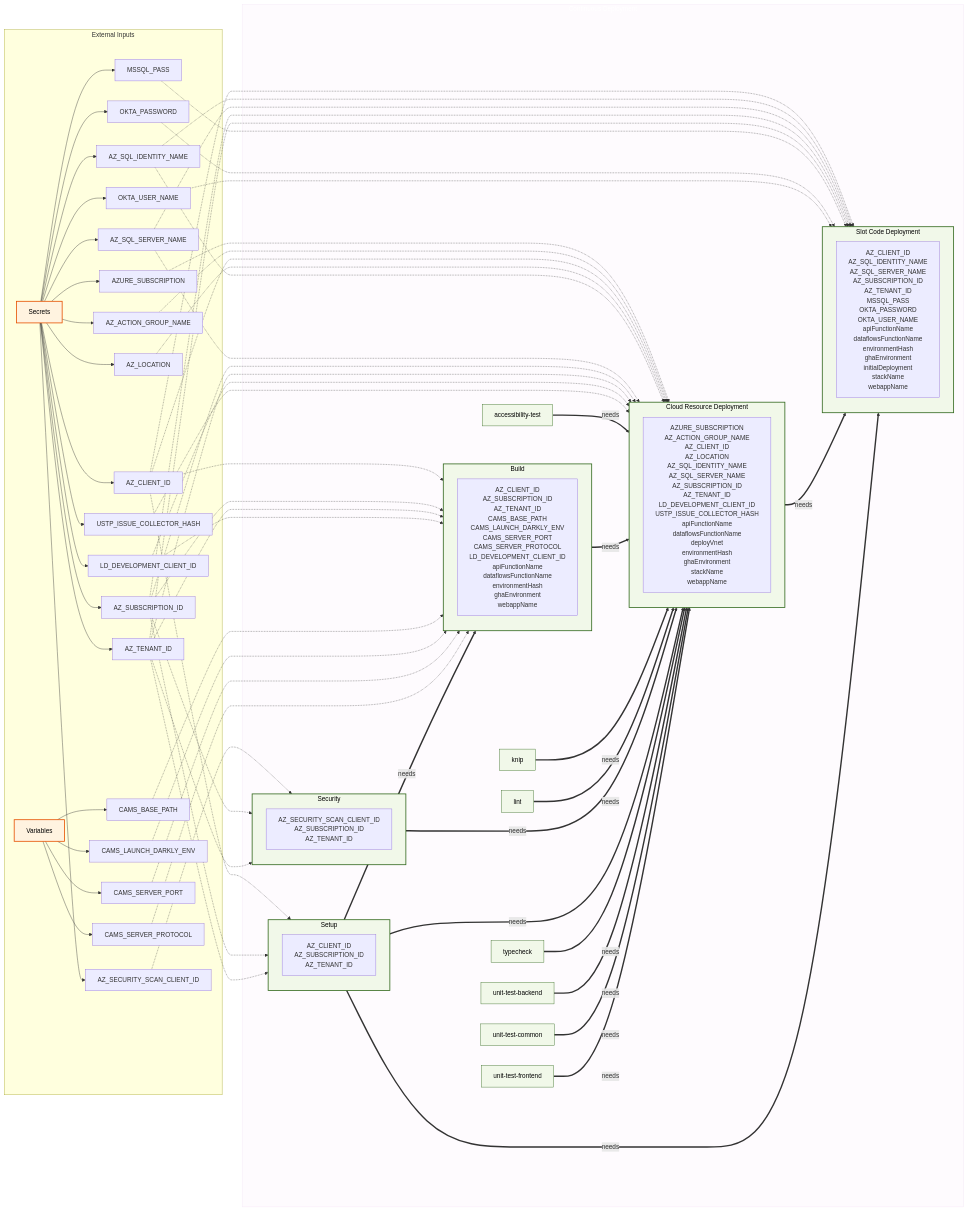
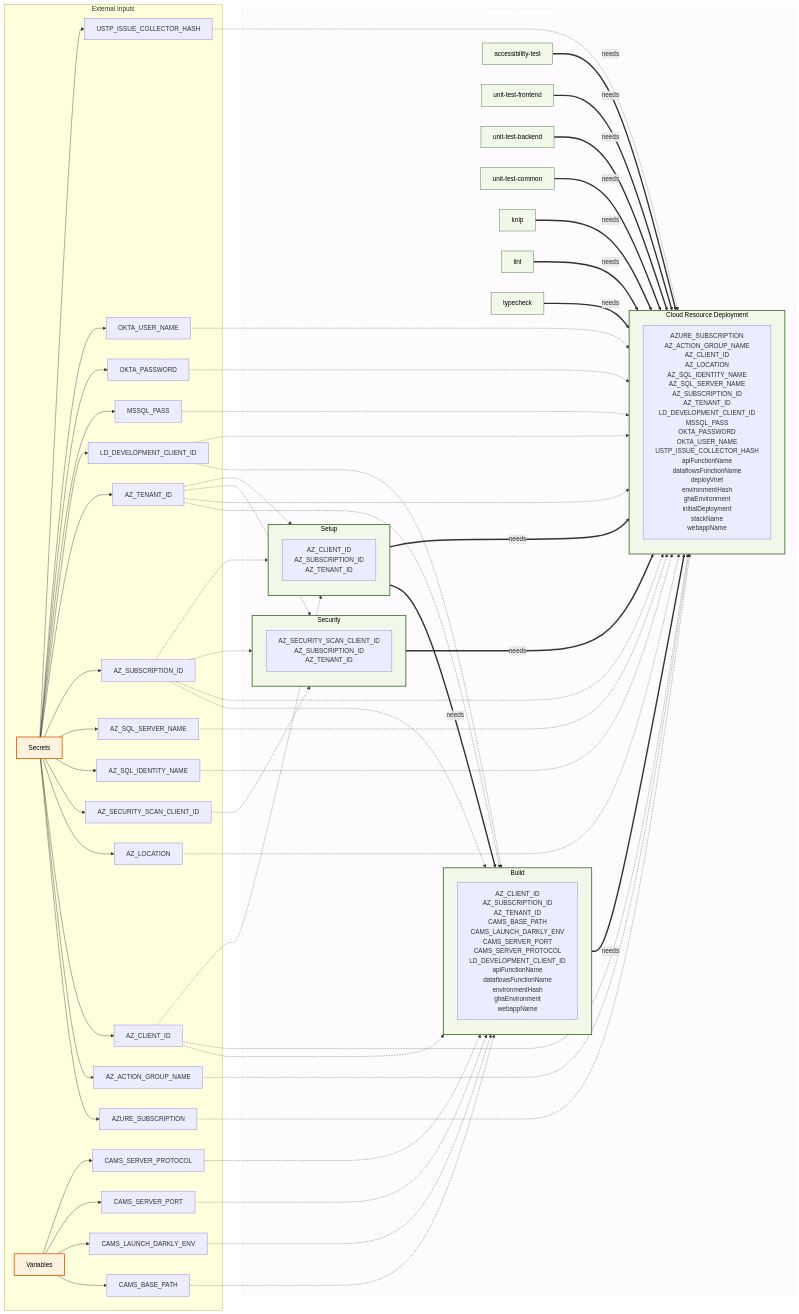
One commit to US-Trustee-Program/Bankruptcy-Oversight-Support-Systems changed the eighth of 25 diagrams in docs/operations/workflow-diagram.md. Above: the diagram before and after it, drawn with Mermaid. The commit also changed other lines of this file and 3 other files, not shown here.

First line of the commit message:
Nest deploy-code-slot to close concurrency gap

```diff
--- a/docs/operations/workflow-diagram.md
+++ b/docs/operations/workflow-diagram.md
@@ -370,10 +370,7 @@
             build_vars["AZ_CLIENT_ID<br/>AZ_SUBSCRIPTION_ID<br/>AZ_TENANT_ID<br/>CAMS_BASE_PATH<br/>CAMS_LAUNCH_DARKLY_ENV<br/>CAMS_SERVER_PORT<br/>CAMS_SERVER_PROTOCOL<br/>LD_DEVELOPMENT_CLIENT_ID<br/>apiFunctionName<br/>dataflowsFunctionName<br/>environmentHash<br/>ghaEnvironment<br/>webappName"]
         end
         subgraph deploy_subgraph["Cloud Resource Deployment"]
-            deploy_vars["AZURE_SUBSCRIPTION<br/>AZ_ACTION_GROUP_NAME<br/>AZ_CLIENT_ID<br/>AZ_LOCATION<br/>AZ_SQL_IDENTITY_NAME<br/>AZ_SQL_SERVER_NAME<br/>AZ_SUBSCRIPTION_ID<br/>AZ_TENANT_ID<br/>LD_DEVELOPMENT_CLIENT_ID<br/>USTP_ISSUE_COLLECTOR_HASH<br/>apiFunctionName<br/>dataflowsFunctionName<br/>deployVnet<br/>environmentHash<br/>ghaEnvironment<br/>stackName<br/>webappName"]
-        end
-        subgraph deploy_code_slot_subgraph["Slot Code Deployment"]
-            deploy_code_slot_vars["AZ_CLIENT_ID<br/>AZ_SQL_IDENTITY_NAME<br/>AZ_SQL_SERVER_NAME<br/>AZ_SUBSCRIPTION_ID<br/>AZ_TENANT_ID<br/>MSSQL_PASS<br/>OKTA_PASSWORD<br/>OKTA_USER_NAME<br/>apiFunctionName<br/>dataflowsFunctionName<br/>environmentHash<br/>ghaEnvironment<br/>initialDeployment<br/>stackName<br/>webappName"]
+            deploy_vars["AZURE_SUBSCRIPTION<br/>AZ_ACTION_GROUP_NAME<br/>AZ_CLIENT_ID<br/>AZ_LOCATION<br/>AZ_SQL_IDENTITY_NAME<br/>AZ_SQL_SERVER_NAME<br/>AZ_SUBSCRIPTION_ID<br/>AZ_TENANT_ID<br/>LD_DEVELOPMENT_CLIENT_ID<br/>MSSQL_PASS<br/>OKTA_PASSWORD<br/>OKTA_USER_NAME<br/>USTP_ISSUE_COLLECTOR_HASH<br/>apiFunctionName<br/>dataflowsFunctionName<br/>deployVnet<br/>environmentHash<br/>ghaEnvironment<br/>initialDeployment<br/>stackName<br/>webappName"]
         end
     end
 
@@ -398,30 +395,25 @@
     Secrets_AZURE_SUBSCRIPTION -.-> deploy_subgraph
     Secrets_AZ_ACTION_GROUP_NAME -.-> deploy_subgraph
     Secrets_AZ_CLIENT_ID -.-> build_subgraph
-    Secrets_AZ_CLIENT_ID -.-> deploy_code_slot_subgraph
     Secrets_AZ_CLIENT_ID -.-> deploy_subgraph
     Secrets_AZ_CLIENT_ID -.-> setup_subgraph
     Secrets_AZ_LOCATION -.-> deploy_subgraph
     Secrets_AZ_SECURITY_SCAN_CLIENT_ID -.-> security_scan_subgraph
-    Secrets_AZ_SQL_IDENTITY_NAME -.-> deploy_code_slot_subgraph
     Secrets_AZ_SQL_IDENTITY_NAME -.-> deploy_subgraph
-    Secrets_AZ_SQL_SERVER_NAME -.-> deploy_code_slot_subgraph
     Secrets_AZ_SQL_SERVER_NAME -.-> deploy_subgraph
     Secrets_AZ_SUBSCRIPTION_ID -.-> build_subgraph
-    Secrets_AZ_SUBSCRIPTION_ID -.-> deploy_code_slot_subgraph
     Secrets_AZ_SUBSCRIPTION_ID -.-> deploy_subgraph
     Secrets_AZ_SUBSCRIPTION_ID -.-> security_scan_subgraph
     Secrets_AZ_SUBSCRIPTION_ID -.-> setup_subgraph
     Secrets_AZ_TENANT_ID -.-> build_subgraph
-    Secrets_AZ_TENANT_ID -.-> deploy_code_slot_subgraph
     Secrets_AZ_TENANT_ID -.-> deploy_subgraph
     Secrets_AZ_TENANT_ID -.-> security_scan_subgraph
     Secrets_AZ_TENANT_ID -.-> setup_subgraph
     Secrets_LD_DEVELOPMENT_CLIENT_ID -.-> build_subgraph
     Secrets_LD_DEVELOPMENT_CLIENT_ID -.-> deploy_subgraph
-    Secrets_MSSQL_PASS -.-> deploy_code_slot_subgraph
-    Secrets_OKTA_PASSWORD -.-> deploy_code_slot_subgraph
-    Secrets_OKTA_USER_NAME -.-> deploy_code_slot_subgraph
+    Secrets_MSSQL_PASS -.-> deploy_subgraph
+    Secrets_OKTA_PASSWORD -.-> deploy_subgraph
+    Secrets_OKTA_USER_NAME -.-> deploy_subgraph
     Secrets_USTP_ISSUE_COLLECTOR_HASH -.-> deploy_subgraph
     Variables_CAMS_BASE_PATH -.-> build_subgraph
     Variables_CAMS_LAUNCH_DARKLY_ENV -.-> build_subgraph
@@ -429,12 +421,10 @@
     Variables_CAMS_SERVER_PROTOCOL -.-> build_subgraph
     accessibility_test ==>|"needs"| deploy_subgraph
     build_subgraph ==>|"needs"| deploy_subgraph
-    deploy_subgraph ==>|"needs"| deploy_code_slot_subgraph
     knip ==>|"needs"| deploy_subgraph
     lint ==>|"needs"| deploy_subgraph
     security_scan_subgraph ==>|"needs"| deploy_subgraph
     setup_subgraph ==>|"needs"| build_subgraph
-    setup_subgraph ==>|"needs"| deploy_code_slot_subgraph
     setup_subgraph ==>|"needs"| deploy_subgraph
     typecheck ==>|"needs"| deploy_subgraph
     unit_test_backend ==>|"needs"| deploy_subgraph
@@ -451,7 +441,6 @@
     class accessibility_test job
     class build_subgraph jobSubgraph
     class deploy_subgraph jobSubgraph
-    class deploy_code_slot_subgraph jobSubgraph
     class knip job
     class lint job
     class security_scan_subgraph jobSubgraph
```
